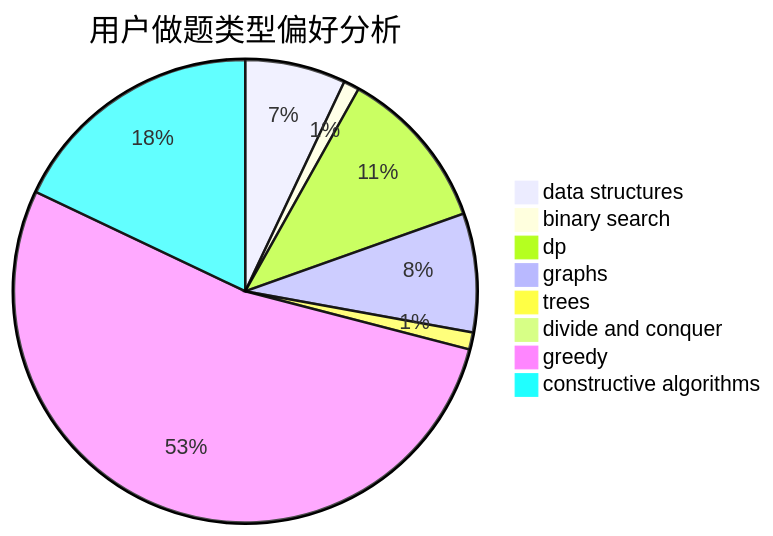
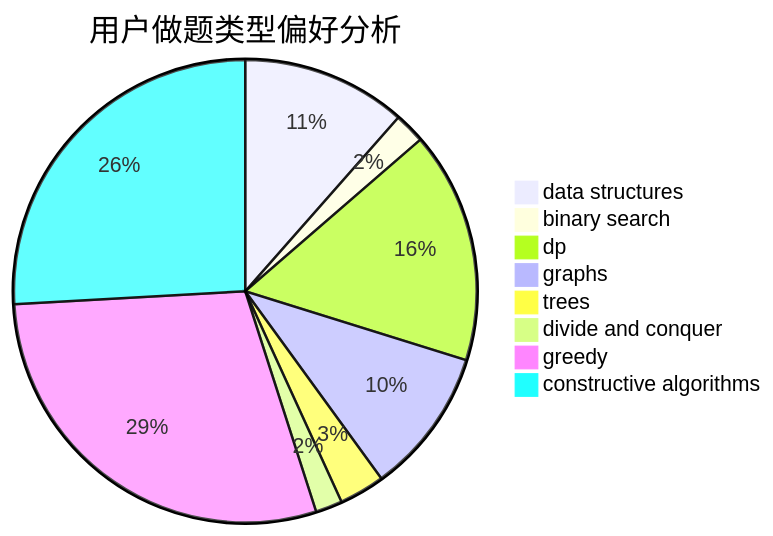
The second of 3 diagrams in docs/user/u452.md (sherpahu/cfrs.github.io), drawn with Mermaid before and after one commit. The commit also changed other lines of this file and 2770 other files, not shown here.

````diff
--- a/docs/user/u452.md
+++ b/docs/user/u452.md
@@ -23,11 +23,11 @@
 ```mermaid
 pie title 用户做题类型偏好分析
-    "data structures" :  83
-    "binary search" :  13
-    "dp" :  135
-    "graphs" :  98
-    "trees" :  14
-    "divide and conquer" :  0
-    "greedy" :  626
-    "constructive algorithms" :  212
+    "data structures" :  123
+    "binary search" :  23
+    "dp" :  173
+    "graphs" :  109
+    "trees" :  34
+    "divide and conquer" :  20
+    "greedy" :  311
+    "constructive algorithms" :  277
 ```
````
